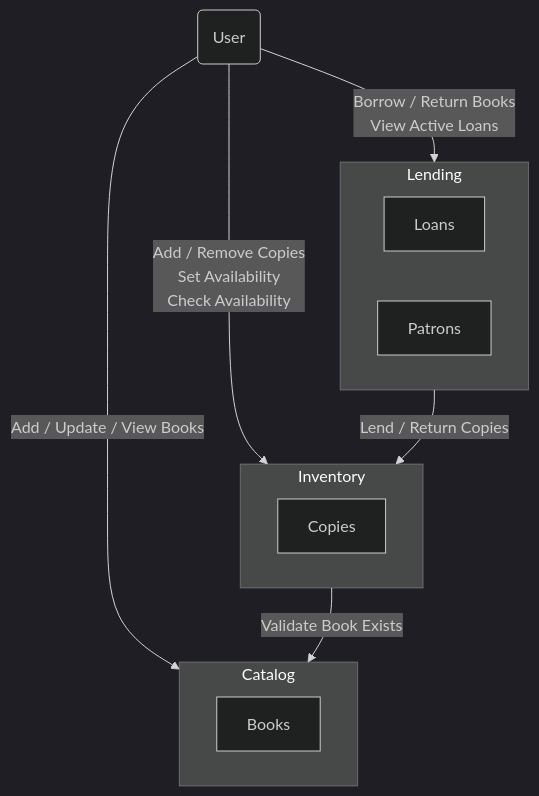
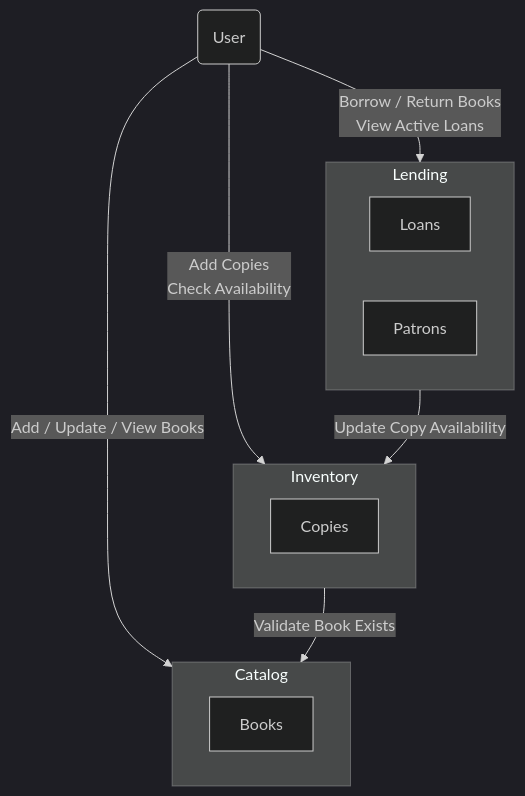
Before and after one commit to JamesMcMahon/spring-boot-demo-modulith: the diagram in README.md, drawn with Mermaid (dark theme).

Commit message:
Correct errors in the README diagram

````diff
--- a/README.md
+++ b/README.md
@@ -43,28 +43,28 @@
 ```mermaid
 graph TD
 %% external actor
     User("User")
 %% Catalog domain
     subgraph CatalogDomain["Catalog"]
         Books["Books"]
     end
 
 %% Inventory domain
     subgraph InventoryDomain["Inventory"]
         Copies["Copies"]
     end
 
 %% Lending domain
     subgraph LendingDomain["Lending"]
         Loans["Loans"]
         Patrons["Patrons"]
     end
 
 %% user → domain interactions (domain verbs)
     User -- " Add / Update / View Books " --> CatalogDomain
-    User -- " Add / Remove Copies<br>Set Availability<br>Check Availability " --> InventoryDomain
+  User -- " Add Copies<br>Check Availability " --> InventoryDomain
     User -- " Borrow / Return Books<br>View Active Loans " --> LendingDomain
 %% domain → domain interactions
     InventoryDomain -- " Validate Book Exists " --> CatalogDomain
-    LendingDomain -- " Lend / Return Copies " --> InventoryDomain
+  LendingDomain -- " Update Copy Availability " --> InventoryDomain
 ```
````
